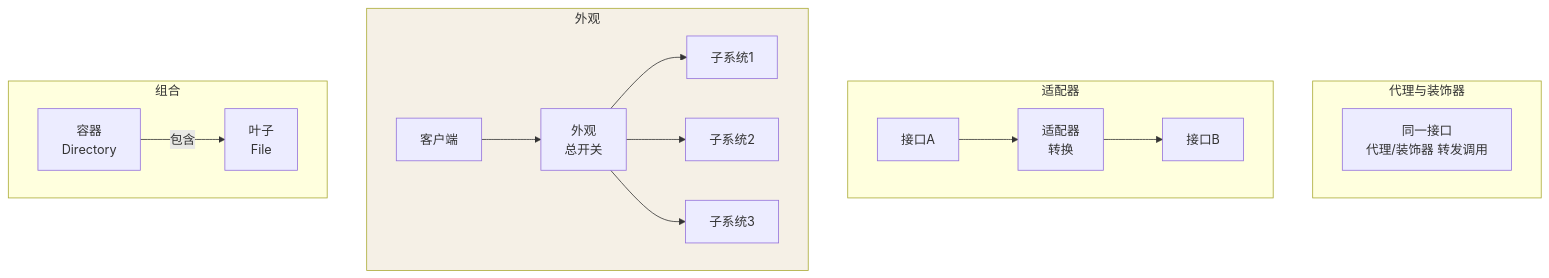
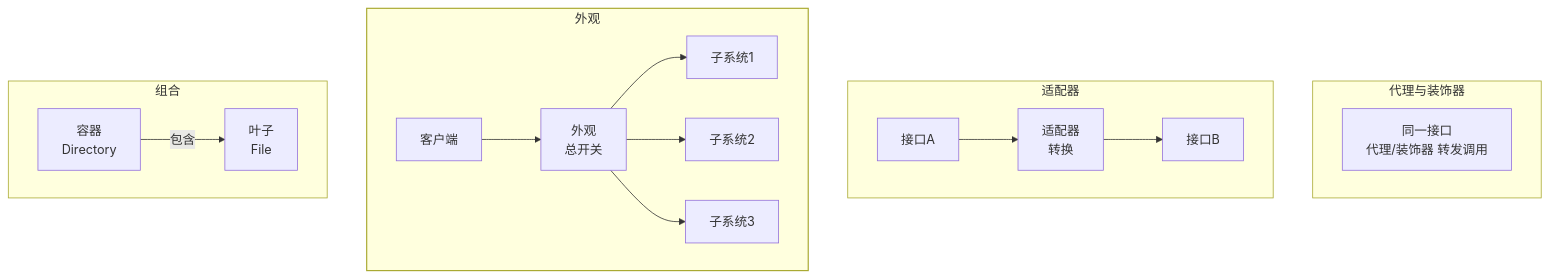
Before and after one commit to Loadhao/ascension: the first of 6 diagrams in src/content/docs/java/intermediate/design-pattern/03-structural.md, drawn with Mermaid. The commit also changed 87 other files, not shown here.

First line of the commit message:
fix: 全站图表配色改由主题接管，修复暗色主题下浅底浅字看不清

````diff
--- a/src/content/docs/java/intermediate/design-pattern/03-structural.md
+++ b/src/content/docs/java/intermediate/design-pattern/03-structural.md
@@ -13,18 +13,19 @@
 ```mermaid
 graph TB
     subgraph 代理与装饰器
         P_X["同一接口<br/>代理/装饰器 转发调用"]
     end
     subgraph 适配器
         AD_T["接口A"] --> AD["适配器<br/>转换"] --> AD_S["接口B"]
     end
     subgraph 外观
         FA_C[客户端] --> FA["外观<br/>总开关"] --> FA_S1[子系统1]
         FA --> FA_S2[子系统2]
         FA --> FA_S3[子系统3]
     end
     subgraph 组合
         CO_R[容器<br/>Directory] -- "包含" --> CO_L[叶子<br/>File]
     end
-    style 外观 fill:#f5f0e6
+    class 外观 hl
+    classDef hl stroke-width:1.5px
 ```
````
